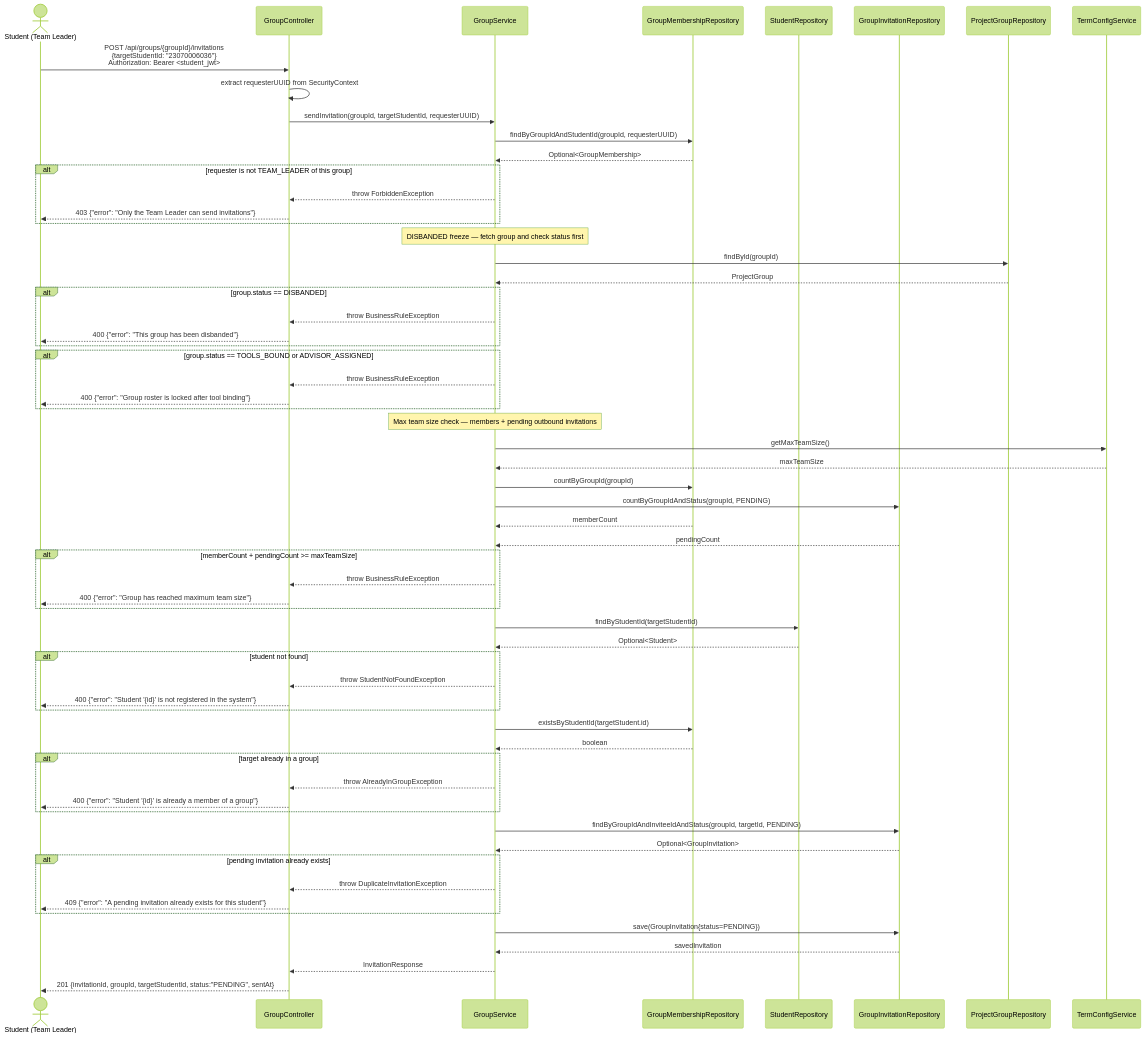
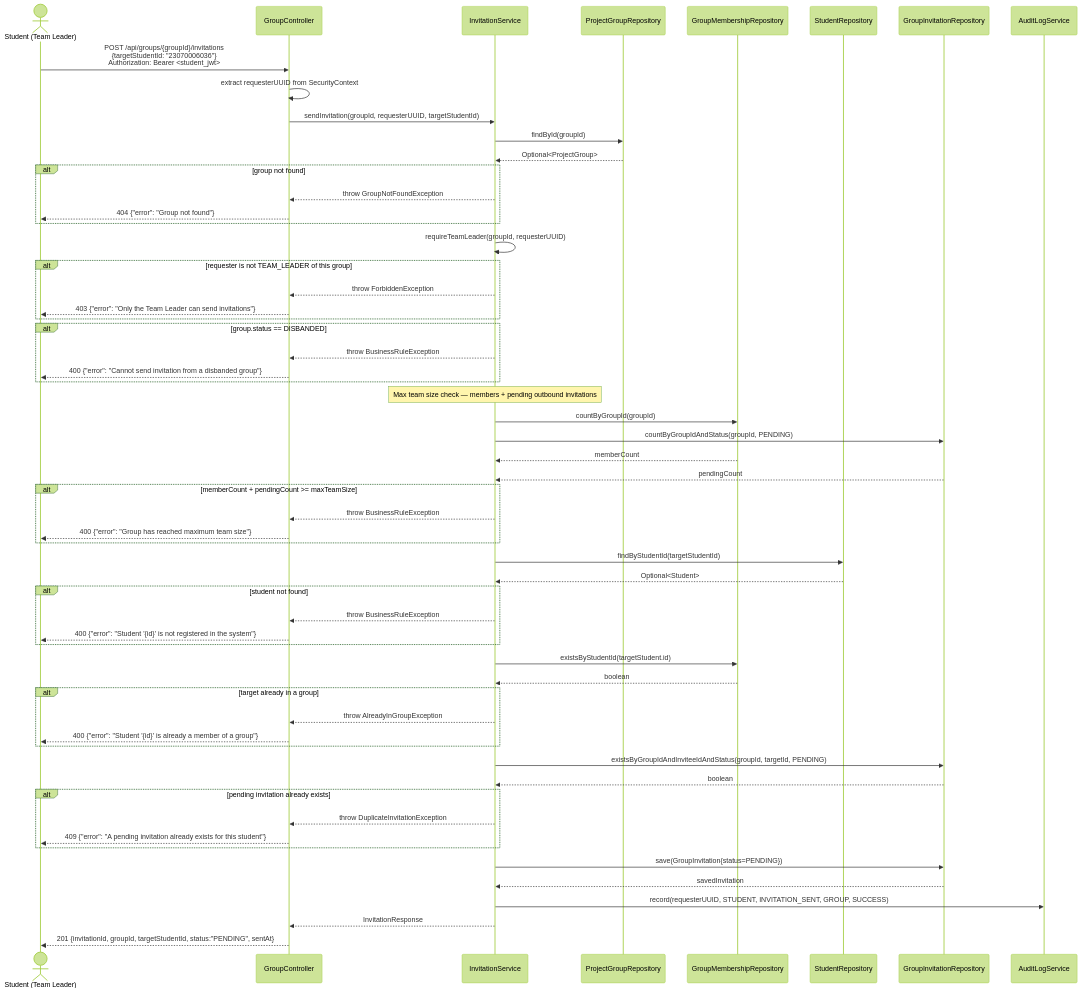
The second of 4 diagrams in docs/process2/sequences/2.2_invitation_send_p2.md (SE3318-Spring-2025-2026/senior-app-6), drawn with Mermaid (forest theme) before and after one commit. The commit also changed other lines of this file and 13 other files, not shown here.

````diff
--- a/docs/process2/sequences/2.2_invitation_send_p2.md
+++ b/docs/process2/sequences/2.2_invitation_send_p2.md
@@ -35,80 +36,80 @@
 ```mermaid
 sequenceDiagram
     actor Student as Student (Team Leader)
     participant GroupController
-    participant GroupService
+    participant InvitationService
+    participant ProjectGroupRepository
     participant GroupMembershipRepository
     participant StudentRepository
     participant GroupInvitationRepository
+    participant AuditLogService
 
     Student->>GroupController: POST /api/groups/{groupId}/invitations<br/>{targetStudentId: "23070006036"}<br/>Authorization: Bearer <student_jwt>
 
     GroupController->>GroupController: extract requesterUUID from SecurityContext
 
-    GroupController->>GroupService: sendInvitation(groupId, targetStudentId, requesterUUID)
+    GroupController->>InvitationService: sendInvitation(groupId, requesterUUID, targetStudentId)
 
-    GroupService->>GroupMembershipRepository: findByGroupIdAndStudentId(groupId, requesterUUID)
-    GroupMembershipRepository-->>GroupService: Optional<GroupMembership>
+    InvitationService->>ProjectGroupRepository: findById(groupId)
+    ProjectGroupRepository-->>InvitationService: Optional<ProjectGroup>
+
+    alt group not found
+        InvitationService-->>GroupController: throw GroupNotFoundException
+        GroupController-->>Student: 404 {"error": "Group not found"}
+    end
+
+    InvitationService->>InvitationService: requireTeamLeader(groupId, requesterUUID)
 
     alt requester is not TEAM_LEADER of this group
-        GroupService-->>GroupController: throw ForbiddenException
+        InvitationService-->>GroupController: throw ForbiddenException
         GroupController-->>Student: 403 {"error": "Only the Team Leader can send invitations"}
     end
 
-    Note over GroupService: DISBANDED freeze — fetch group and check status first
-    GroupService->>ProjectGroupRepository: findById(groupId)
-    ProjectGroupRepository-->>GroupService: ProjectGroup
-
     alt group.status == DISBANDED
-        GroupService-->>GroupController: throw BusinessRuleException
-        GroupController-->>Student: 400 {"error": "This group has been disbanded"}
+        InvitationService-->>GroupController: throw BusinessRuleException
+        GroupController-->>Student: 400 {"error": "Cannot send invitation from a disbanded group"}
     end
 
-    alt group.status == TOOLS_BOUND or ADVISOR_ASSIGNED
-        GroupService-->>GroupController: throw BusinessRuleException
-        GroupController-->>Student: 400 {"error": "Group roster is locked after tool binding"}
-    end
-
-    Note over GroupService: Max team size check — members + pending outbound invitations
-    GroupService->>TermConfigService: getMaxTeamSize()
-    TermConfigService-->>GroupService: maxTeamSize
-    GroupService->>GroupMembershipRepository: countByGroupId(groupId)
-    GroupService->>GroupInvitationRepository: countByGroupIdAndStatus(groupId, PENDING)
-    GroupMembershipRepository-->>GroupService: memberCount
-    GroupInvitationRepository-->>GroupService: pendingCount
+    Note over InvitationService: Max team size check — members + pending outbound invitations
+    InvitationService->>GroupMembershipRepository: countByGroupId(groupId)
+    InvitationService->>GroupInvitationRepository: countByGroupIdAndStatus(groupId, PENDING)
+    GroupMembershipRepository-->>InvitationService: memberCount
+    GroupInvitationRepository-->>InvitationService: pendingCount
 
     alt memberCount + pendingCount >= maxTeamSize
-        GroupService-->>GroupController: throw BusinessRuleException
+        InvitationService-->>GroupController: throw BusinessRuleException
         GroupController-->>Student: 400 {"error": "Group has reached maximum team size"}
     end
 
-    GroupService->>StudentRepository: findByStudentId(targetStudentId)
-    StudentRepository-->>GroupService: Optional<Student>
+    InvitationService->>StudentRepository: findByStudentId(targetStudentId)
+    StudentRepository-->>InvitationService: Optional<Student>
 
     alt student not found
-        GroupService-->>GroupController: throw StudentNotFoundException
+        InvitationService-->>GroupController: throw BusinessRuleException
         GroupController-->>Student: 400 {"error": "Student '{id}' is not registered in the system"}
     end
 
-    GroupService->>GroupMembershipRepository: existsByStudentId(targetStudent.id)
-    GroupMembershipRepository-->>GroupService: boolean
+    InvitationService->>GroupMembershipRepository: existsByStudentId(targetStudent.id)
+    GroupMembershipRepository-->>InvitationService: boolean
 
     alt target already in a group
-        GroupService-->>GroupController: throw AlreadyInGroupException
+        InvitationService-->>GroupController: throw AlreadyInGroupException
         GroupController-->>Student: 400 {"error": "Student '{id}' is already a member of a group"}
     end
 
-    GroupService->>GroupInvitationRepository: findByGroupIdAndInviteeIdAndStatus(groupId, targetId, PENDING)
-    GroupInvitationRepository-->>GroupService: Optional<GroupInvitation>
+    InvitationService->>GroupInvitationRepository: existsByGroupIdAndInviteeIdAndStatus(groupId, targetId, PENDING)
+    GroupInvitationRepository-->>InvitationService: boolean
 
     alt pending invitation already exists
-        GroupService-->>GroupController: throw DuplicateInvitationException
+        InvitationService-->>GroupController: throw DuplicateInvitationException
         GroupController-->>Student: 409 {"error": "A pending invitation already exists for this student"}
     end
 
-    GroupService->>GroupInvitationRepository: save(GroupInvitation{status=PENDING})
-    GroupInvitationRepository-->>GroupService: savedInvitation
+    InvitationService->>GroupInvitationRepository: save(GroupInvitation{status=PENDING})
+    GroupInvitationRepository-->>InvitationService: savedInvitation
 
-    GroupService-->>GroupController: InvitationResponse
+    InvitationService->>AuditLogService: record(requesterUUID, STUDENT, INVITATION_SENT, GROUP, SUCCESS)
+
+    InvitationService-->>GroupController: InvitationResponse
     GroupController-->>Student: 201 {invitationId, groupId, targetStudentId, status:"PENDING", sentAt}
 ```
````
